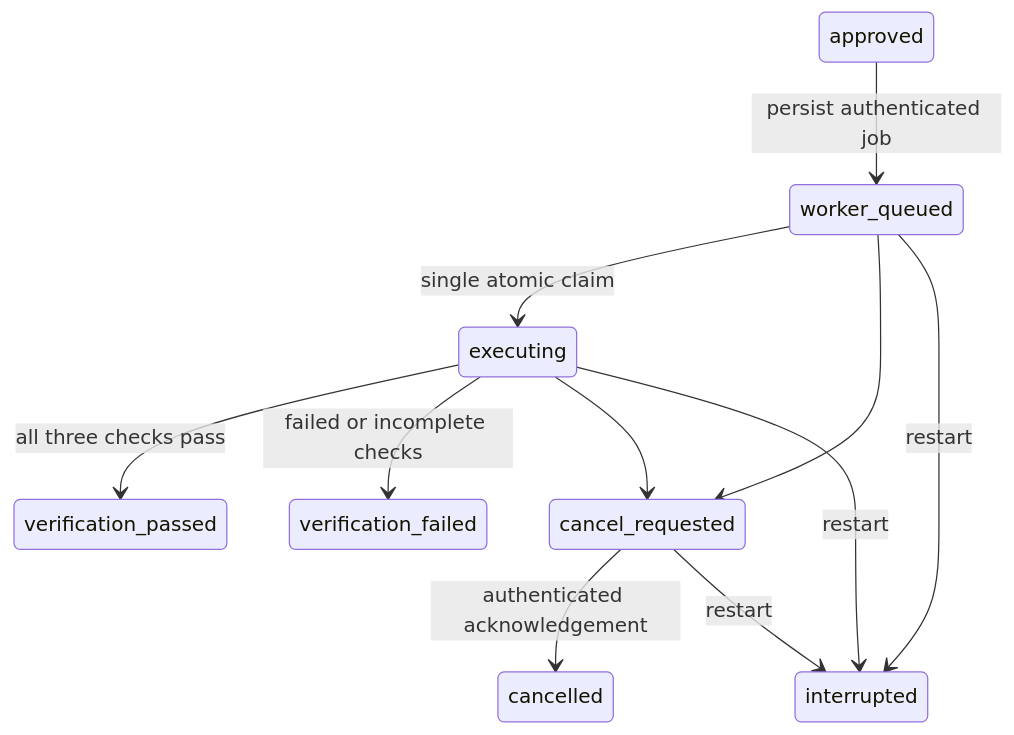
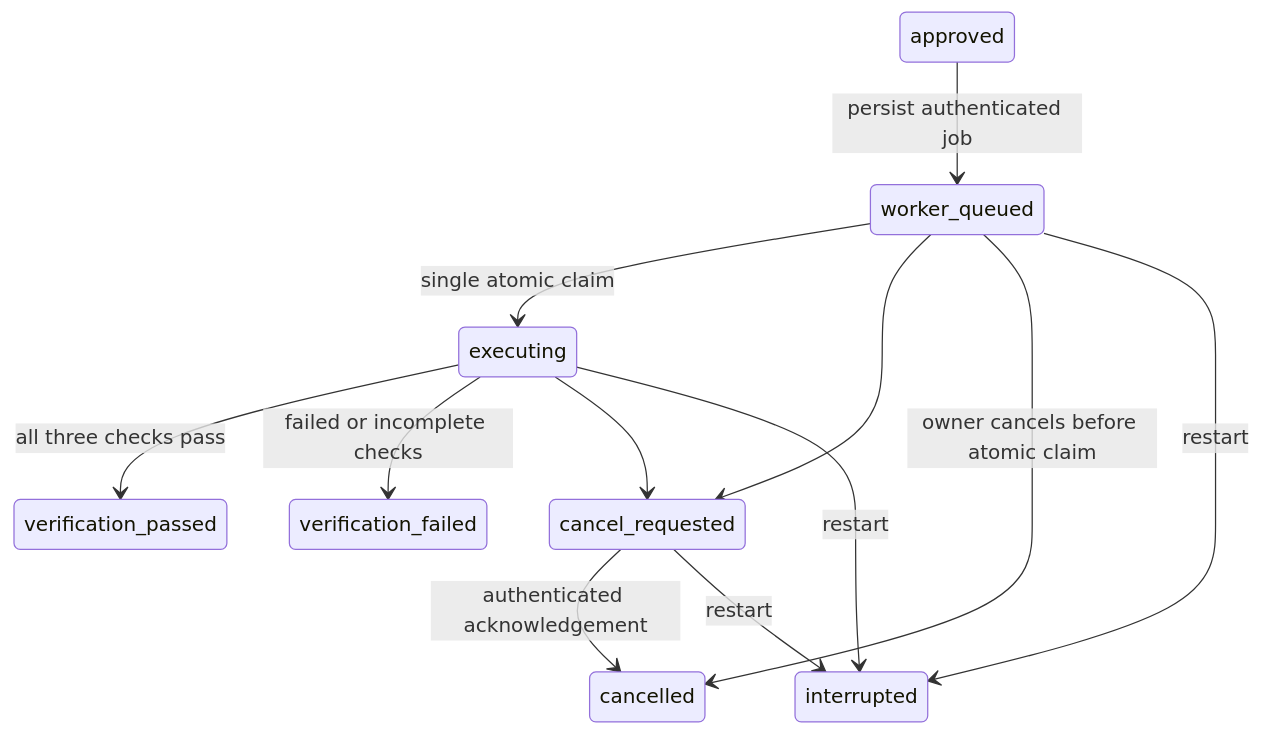
One commit to naraya07pedro-spec/repopilot-ai changed the diagram in docs/worker-contract.md. Above: the diagram before and after it, drawn with Mermaid. The commit also changed other lines of this file and 11 other files, not shown here.

````diff
--- a/docs/worker-contract.md
+++ b/docs/worker-contract.md
@@ -17,13 +17,14 @@
 ```mermaid
 stateDiagram-v2
     approved --> worker_queued: persist authenticated job
     worker_queued --> executing: single atomic claim
     executing --> verification_passed: all three checks pass
     executing --> verification_failed: failed or incomplete checks
     worker_queued --> cancel_requested
+    worker_queued --> cancelled: owner cancels before atomic claim
     executing --> cancel_requested
     cancel_requested --> cancelled: authenticated acknowledgement
     worker_queued --> interrupted: restart
     executing --> interrupted: restart
     cancel_requested --> interrupted: restart
 ```
````
